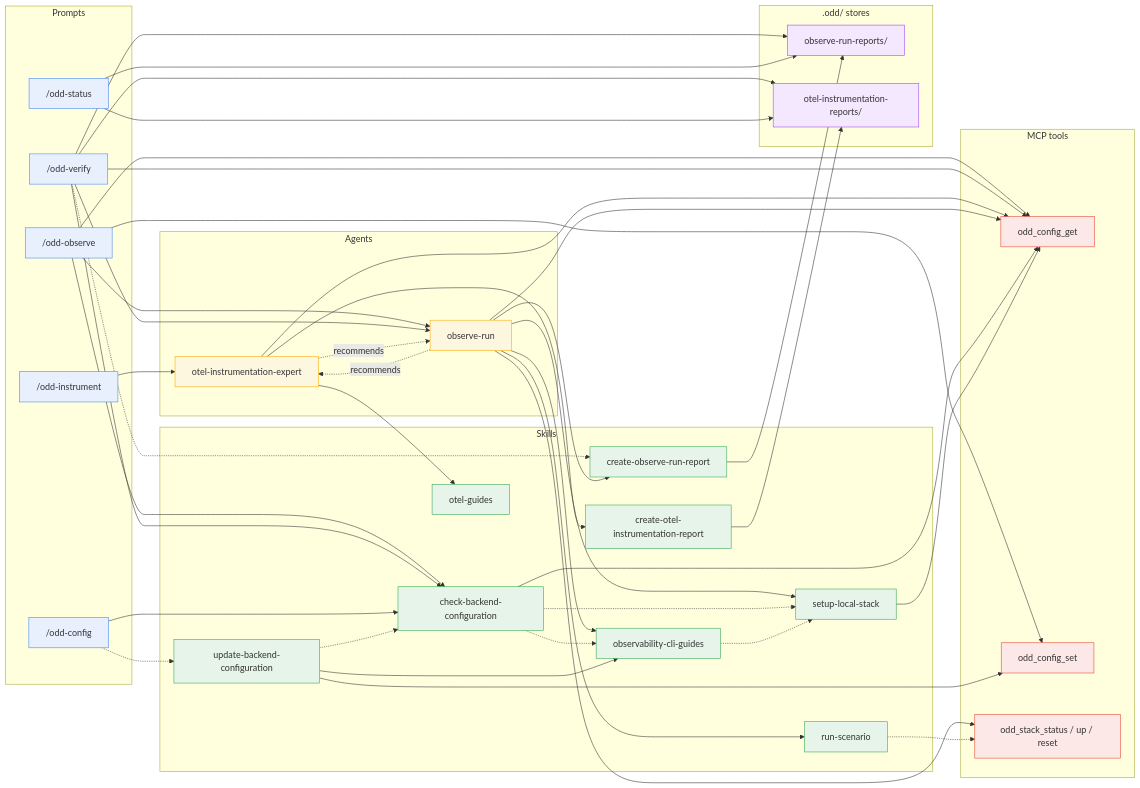
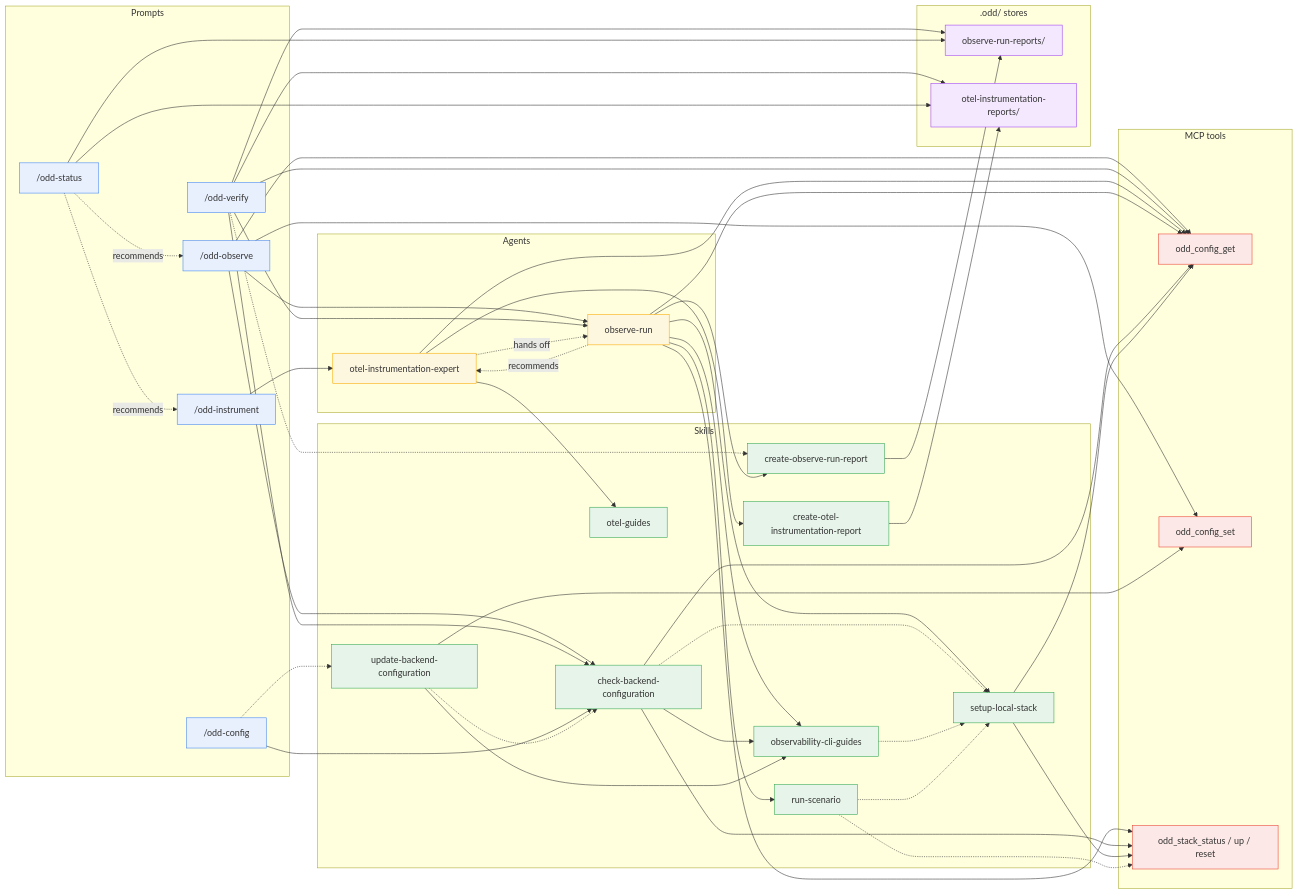
One commit to using-system/oddyssey changed the diagram in docs/guide/dependencies.md. Above: the diagram before and after it, drawn with Mermaid. The commit also changed other lines of this file and 5 other files, not shown here.

```diff
--- a/docs/guide/dependencies.md
+++ b/docs/guide/dependencies.md
@@ -67,13 +68,15 @@
   verify --> insdir
   status --> obsdir
   status --> insdir
+  status -. recommends .-> instrument
+  status -. recommends .-> observe
   config --> cbc
   config -.-> ubc
 
   expert --> og
   expert --> coir
   expert --> cfgget
-  expert -. recommends .-> runner
+  expert -. hands off .-> runner
 
   runner --> ocg
   runner --> sls
@@ -84,14 +87,17 @@
   runner -. recommends .-> expert
 
   cbc -.-> sls
-  cbc -.-> ocg
+  cbc --> ocg
   cbc --> cfgget
+  cbc --> stack
   ubc --> ocg
   ubc --> cfgset
   ubc -.-> cbc
   ocg -.-> sls
   sls --> cfgget
+  sls --> stack
   rs -.-> stack
+  rs -.-> sls
 
   corr --> obsdir
   coir --> insdir
```
